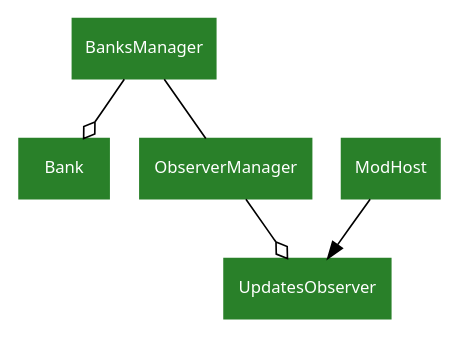
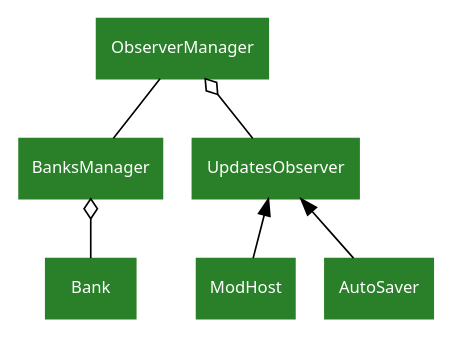
Before and after one commit to PedalPi/PluginsManager: the third of 3 diagrams in docs/source/model.rst, drawn with Graphviz. The commit also changed other lines of this file and 5 other files, not shown here.

Commit message:
Implementing AutoSaver

```diff
--- a/docs/source/model.rst
+++ b/docs/source/model.rst
@@ -71,11 +61,12 @@
 .. graphviz::
 
-   digraph classes {
-       graph [rankdir=TB];
-       node [shape=rect, style=filled, color="#298029", fontname=Sans, fontcolor="#ffffff", fontsize=10];
+    digraph classes {
+        graph [rankdir=BT];
+        node [shape=rect, style=filled, color="#298029", fontname=Sans, fontcolor="#ffffff", fontsize=10];
 
-       BanksManager->Bank [dir="forward", arrowhead="odiamond", arrowtail="normal"];
-       BanksManager->ObserverManager [dir="forward", arrowhead="none", arrowtail="normal"];
-       ObserverManager->UpdatesObserver [dir="forward", arrowhead="odiamond", arrowtail="normal"];
-       ModHost->UpdatesObserver
-   }
+        Bank->BanksManager [dir="forward", arrowhead="odiamond", arrowtail="normal"];
+        BanksManager->ObserverManager [dir="forward", arrowhead="none", arrowtail="normal"];
+        UpdatesObserver->ObserverManager [dir="forward", arrowhead="odiamond", arrowtail="normal"];
+        ModHost->UpdatesObserver
+        AutoSaver->UpdatesObserver
+    }
```
